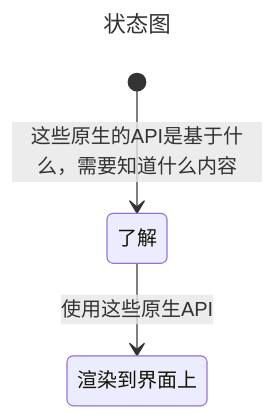
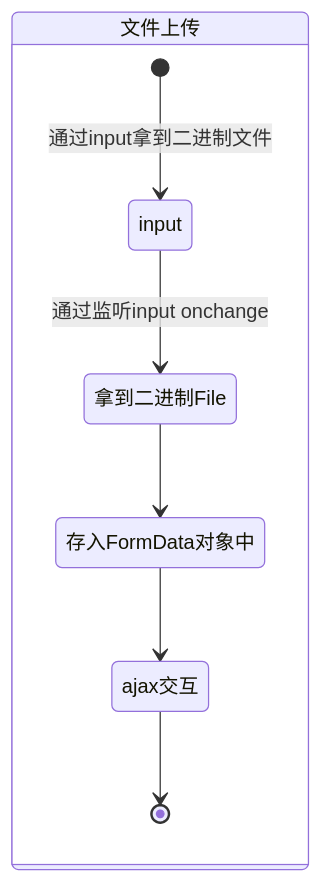
One commit to liquidGo/Basic_Konwledge_Extension changed the diagram in 03_JS/[⭐⭐⭐]-文件上传.md. Above: the diagram before and after it, drawn with Mermaid. The commit also changed other lines of this file and 60 other files, not shown here.

````diff
--- a/03_JS/[⭐⭐⭐]-文件上传.md
+++ b/03_JS/[⭐⭐⭐]-文件上传.md
@@ -14,8 +14,10 @@
 ```mermaid
----
-title: 状态图
----
 stateDiagram-v2
-[*]-->了解: 这些原生的API是基于什么，需要知道什么内容
-了解-->渲染到界面上: 使用这些原生API
+state 文件上传{
+[*]-->input: 通过input拿到二进制文件
+input-->拿到二进制File: 通过监听input onchange
+拿到二进制File-->存入FormData对象中
+存入FormData对象中-->ajax交互
+ajax交互-->[*]
+}
 ```
````
